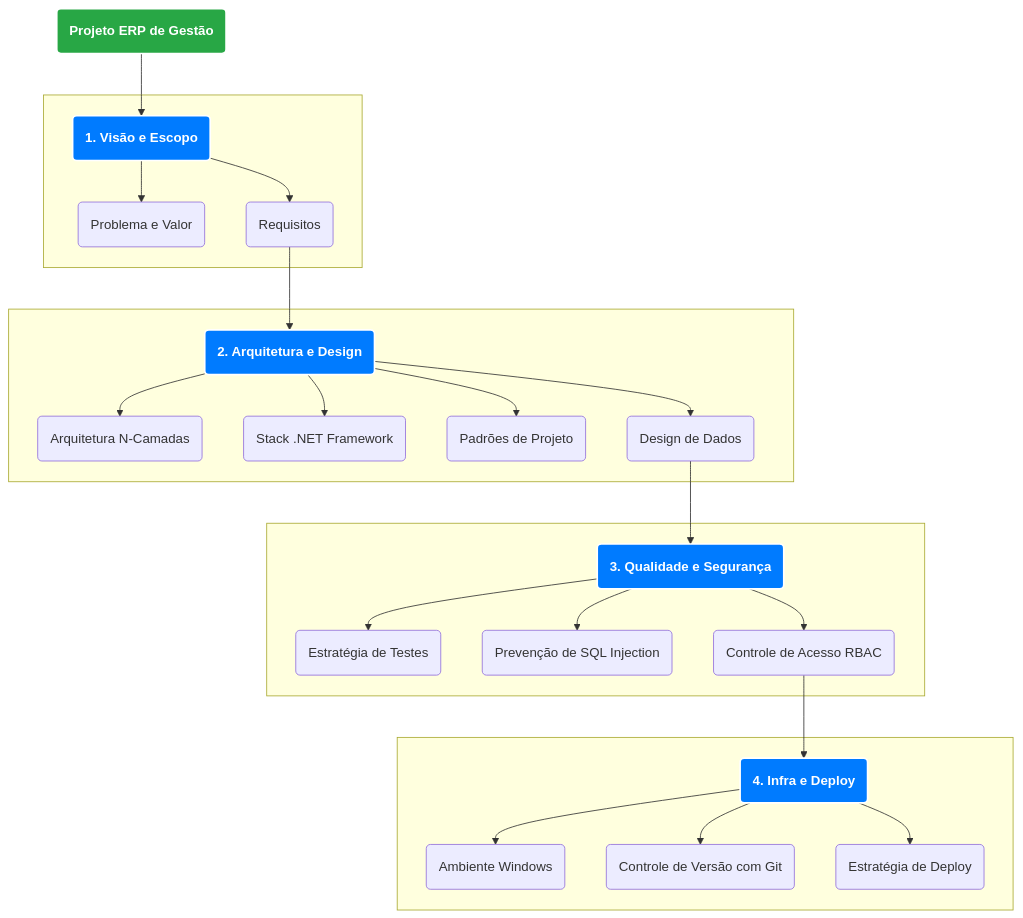
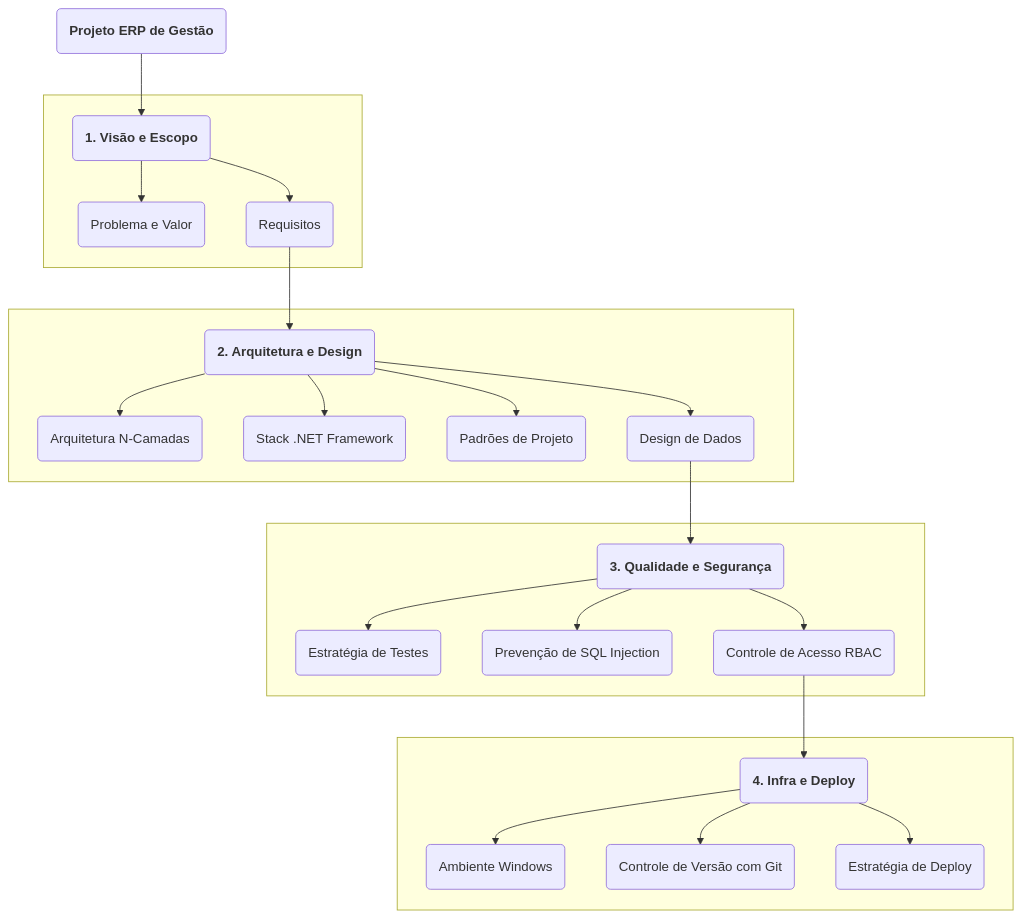
Before and after one commit to Naasso/Sistema-de-Gest-o-Empresarial-Full-Stack: the first of 3 diagrams in README.md, drawn with Mermaid. The commit also changed other lines of this file, not shown here.

````diff
--- a/README.md
+++ b/README.md
@@ -42,72 +42,72 @@
 ```mermaid
 graph TD
     %% -- NÓ PRINCIPAL --
     root("<b>Projeto ERP de Gestão</b>");
 
     %% -- CATEGORIAS PRINCIPAIS --
     cat1("<b>1. Visão e Escopo</b>");
     cat2("<b>2. Arquitetura e Design</b>");
     cat3("<b>3. Qualidade e Segurança</b>");
     cat4("<b>4. Infra e Deploy</b>");
 
     %% -- ITENS DA CATEGORIA 1 --
     item1_1("Problema e Valor");
     item1_2("Requisitos");
 
     %% -- ITENS DA CATEGORIA 2 --
     item2_1("Arquitetura N-Camadas");
     item2_2("Stack .NET Framework");
     item2_3("Padrões de Projeto");
     item2_4("Design de Dados");
 
     %% -- ITENS DA CATEGORIA 3 --
     item3_1("Estratégia de Testes");
     item3_2("Prevenção de SQL Injection");
     item3_3("Controle de Acesso RBAC");
 
     %% -- ITENS DA CATEGORIA 4 --
     item4_1("Ambiente Windows");
     item4_2("Controle de Versão com Git");
     item4_3("Estratégia de Deploy");
     
     %% -- ESTRUTURA DE LINKS --
     root --> cat1;
     
     %% Categoria 1
     subgraph " ";
         cat1 --> item1_1;
         cat1 --> item1_2;
     end
 
     %% Categoria 2
     subgraph " ";
         item1_2 --> cat2;
         cat2 --> item2_1;
         cat2 --> item2_2;
         cat2 --> item2_3;
         cat2 --> item2_4;
     end
     
     %% Categoria 3
     subgraph " ";
         item2_4 --> cat3;
         cat3 --> item3_1;
         cat3 --> item3_2;
         cat3 --> item3_3;
     end
 
     %% Categoria 4
     subgraph " ";
         item3_3 --> cat4;
         cat4 --> item4_1;
         cat4 --> item4_2;
         cat4 --> item4_3;
     end
 
     %% -- ESTILOS --
-    style root fill:#28a745,stroke:#fff,stroke-width:2px,color:#fff;
-    style cat1 fill:#007bff,stroke:#fff,stroke-width:2px,color:#fff;
-    style cat2 fill:#007bff,stroke:#fff,stroke-width:2px,color:#fff;
-    style cat3 fill:#007bff,stroke:#fff,stroke-width:2px,color:#fff;
-    style cat4 fill:#007bff,stroke:#fff,stroke-width:2px,color:#fff;
+    %%style root fill:#28a745,stroke:#fff,stroke-width:2px,color:#fff;
+    %%style cat1 fill:#007bff,stroke:#fff,stroke-width:2px,color:#fff;
+    %%style cat2 fill:#007bff,stroke:#fff,stroke-width:2px,color:#fff;
+    %%style cat3 fill:#007bff,stroke:#fff,stroke-width:2px,color:#fff;
+    %%style cat4 fill:#007bff,stroke:#fff,stroke-width:2px,color:#fff;
 ```
````
